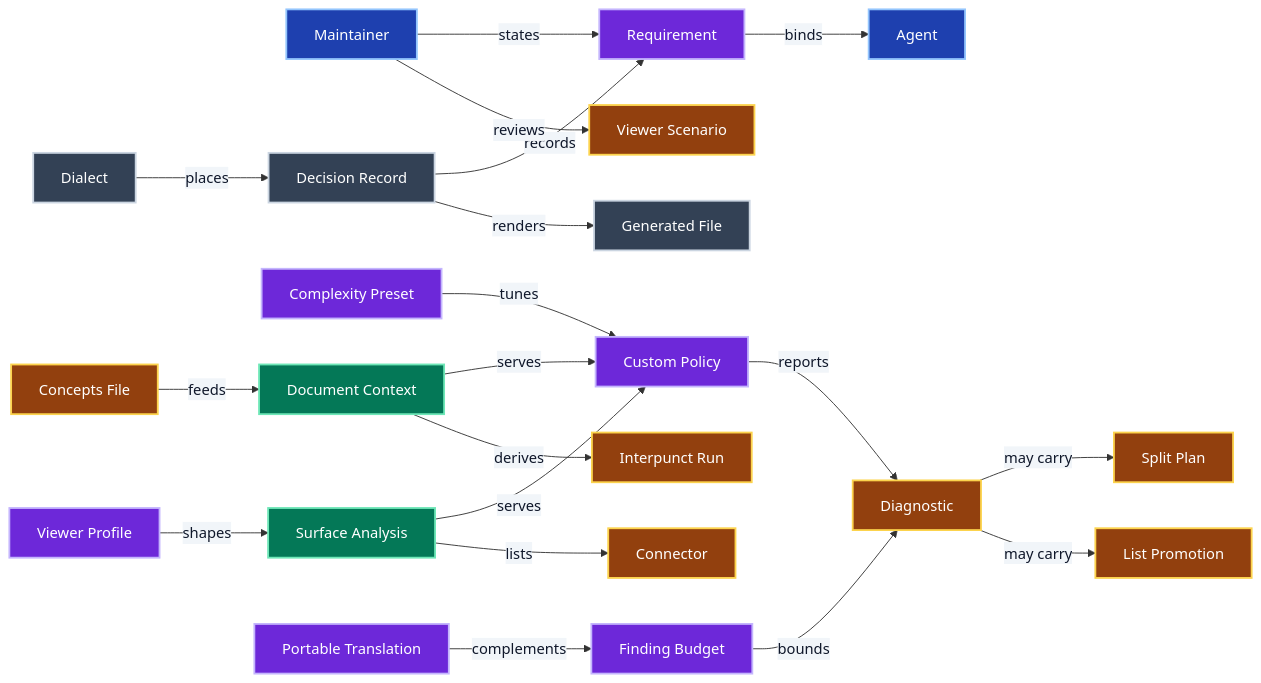
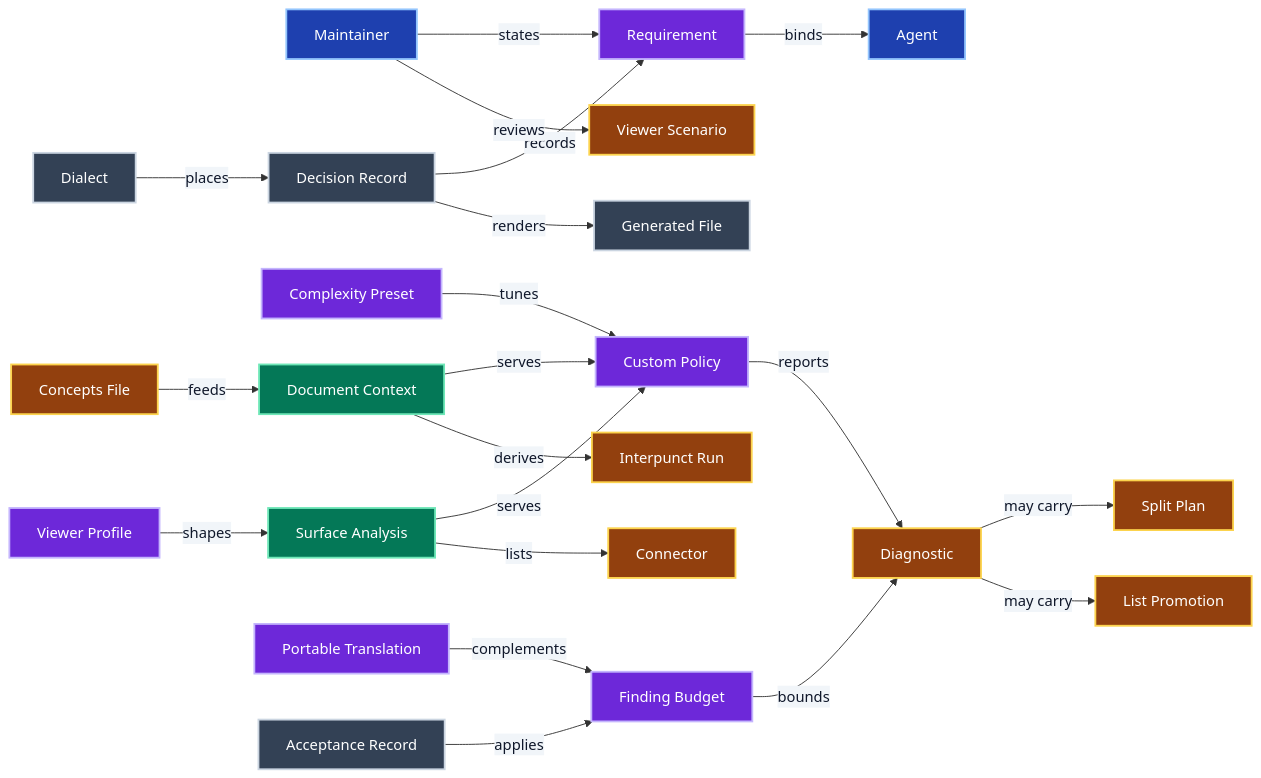
The diagram in GLOSSARY.md (jpeakai/remark-lint-slopstopper), drawn with Mermaid before and after one commit. The commit also changed other lines of this file and 15 other files, not shown here.

First line of the commit message:
[feat] RLSS-16 Validate diagram comparisons individually (#29)

````diff
--- a/GLOSSARY.md
+++ b/GLOSSARY.md
@@ -8,56 +8,58 @@
 ```mermaid
 ---
 config:
   themeVariables:
     edgeLabelBackground: '#f1f5f9'
 ---
 flowchart LR
     MNT["Maintainer"]:::people
     AGT["Agent"]:::people
     REQ["Requirement"]:::rule
     DRC["Decision Record"]:::record
     GEN["Generated File"]:::record
     DIA["Dialect"]:::record
     POL["Custom Policy"]:::rule
     PRE["Complexity Preset"]:::rule
     DOC["Document Context"]:::pipeline
     CON["Concepts File"]:::info
     DIG["Diagnostic"]:::info
     SPL["Split Plan"]:::info
     IPR["Interpunct Run"]:::info
     LPR["List Promotion"]:::info
     SFA["Surface Analysis"]:::pipeline
     VSC["Viewer Scenario"]:::info
     CNC["Connector"]:::info
     VPR["Viewer Profile"]:::rule
     FBG["Finding Budget"]:::rule
     PTR["Portable Translation"]:::rule
+    ACR["Acceptance Record"]:::record
 
     MNT -- states --> REQ
     REQ -- binds --> AGT
     DRC -- records --> REQ
     DRC -- renders --> GEN
     DIA -- places --> DRC
     PRE -- tunes --> POL
     CON -- feeds --> DOC
     DOC -- serves --> POL
     POL -- reports --> DIG
     DIG -- may carry --> SPL
     DOC -- derives --> IPR
     DIG -- may carry --> LPR
     SFA -- serves --> POL
     MNT -- reviews --> VSC
     SFA -- lists --> CNC
     VPR -- shapes --> SFA
     FBG -- bounds --> DIG
     PTR -- complements --> FBG
+    ACR -- applies --> FBG
 
     linkStyle default color:#0f172a
 
     classDef people    fill:#1e40af,stroke:#93c5fd,color:#fff,stroke-width:2px
     classDef info      fill:#92400e,stroke:#fcd34d,color:#fff,stroke-width:2px
     classDef rule      fill:#6d28d9,stroke:#c4b5fd,color:#fff,stroke-width:2px
     classDef forbidden fill:#b91c1c,stroke:#fca5a5,color:#fff,stroke-width:2px
     classDef pipeline  fill:#047857,stroke:#6ee7b7,color:#fff,stroke-width:2px
     classDef record    fill:#334155,stroke:#cbd5e1,color:#fff,stroke-width:2px
 ```
````
